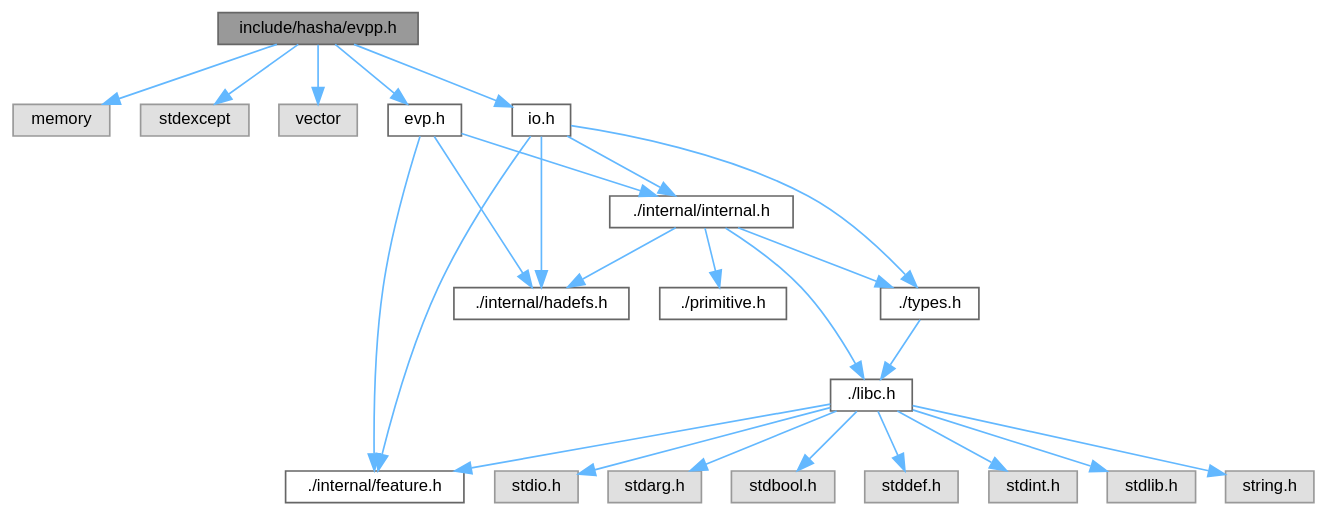
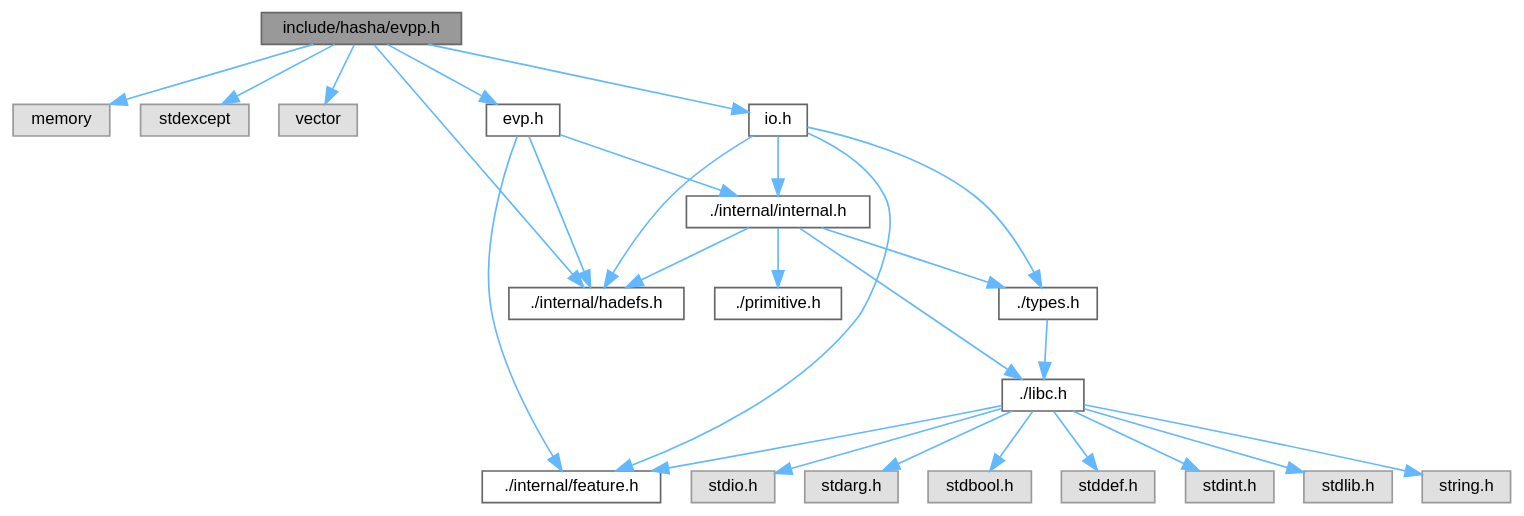
One commit to reslaid32/hasha changed the diagram in docs/de/d94/evpp_8h__incl.dot. Above: the diagram before and after it, drawn with Graphviz. The commit also changed 127 other files, not shown here.

```diff
--- a/docs/de/d94/evpp_8h__incl.dot
+++ b/docs/de/d94/evpp_8h__incl.dot
@@ -1,51 +1,52 @@
 digraph "include/hasha/evpp.h"
 {
  // LATEX_PDF_SIZE
   bgcolor="transparent";
   edge [fontname=Helvetica,fontsize=10,labelfontname=Helvetica,labelfontsize=10];
   node [fontname=Helvetica,fontsize=10,shape=box,height=0.2,width=0.4];
   Node1 [id="Node000001",label="include/hasha/evpp.h",height=0.2,width=0.4,color="gray40", fillcolor="grey60", style="filled", fontcolor="black",tooltip=" "];
   Node1 -> Node2 [id="edge1_Node000001_Node000002",color="steelblue1",style="solid",tooltip=" "];
   Node2 [id="Node000002",label="memory",height=0.2,width=0.4,color="grey60", fillcolor="#E0E0E0", style="filled",tooltip=" "];
   Node1 -> Node3 [id="edge2_Node000001_Node000003",color="steelblue1",style="solid",tooltip=" "];
   Node3 [id="Node000003",label="stdexcept",height=0.2,width=0.4,color="grey60", fillcolor="#E0E0E0", style="filled",tooltip=" "];
   Node1 -> Node4 [id="edge3_Node000001_Node000004",color="steelblue1",style="solid",tooltip=" "];
   Node4 [id="Node000004",label="vector",height=0.2,width=0.4,color="grey60", fillcolor="#E0E0E0", style="filled",tooltip=" "];
   Node1 -> Node5 [id="edge4_Node000001_Node000005",color="steelblue1",style="solid",tooltip=" "];
   Node5 [id="Node000005",label="evp.h",height=0.2,width=0.4,color="grey40", fillcolor="white", style="filled",URL="$d5/d67/evp_8h.html",tooltip="Header file for the EVP Hasher abstraction."];
   Node5 -> Node6 [id="edge5_Node000005_Node000006",color="steelblue1",style="solid",tooltip=" "];
   Node6 [id="Node000006",label="./internal/feature.h",height=0.2,width=0.4,color="grey40", fillcolor="white", style="filled",URL="$d2/d74/feature_8h.html",tooltip=" "];
   Node5 -> Node7 [id="edge6_Node000005_Node000007",color="steelblue1",style="solid",tooltip=" "];
   Node7 [id="Node000007",label="./internal/hadefs.h",height=0.2,width=0.4,color="grey40", fillcolor="white", style="filled",URL="$d5/d5e/hadefs_8h.html",tooltip=" "];
   Node5 -> Node8 [id="edge7_Node000005_Node000008",color="steelblue1",style="solid",tooltip=" "];
   Node8 [id="Node000008",label="./internal/internal.h",height=0.2,width=0.4,color="grey40", fillcolor="white", style="filled",URL="$db/dde/internal_8h.html",tooltip=" "];
   Node8 -> Node7 [id="edge8_Node000008_Node000007",color="steelblue1",style="solid",tooltip=" "];
   Node8 -> Node9 [id="edge9_Node000008_Node000009",color="steelblue1",style="solid",tooltip=" "];
   Node9 [id="Node000009",label="./libc.h",height=0.2,width=0.4,color="grey40", fillcolor="white", style="filled",URL="$db/dc8/libc_8h.html",tooltip=" "];
   Node9 -> Node6 [id="edge10_Node000009_Node000006",color="steelblue1",style="solid",tooltip=" "];
   Node9 -> Node10 [id="edge11_Node000009_Node000010",color="steelblue1",style="solid",tooltip=" "];
   Node10 [id="Node000010",label="stdio.h",height=0.2,width=0.4,color="grey60", fillcolor="#E0E0E0", style="filled",tooltip=" "];
   Node9 -> Node11 [id="edge12_Node000009_Node000011",color="steelblue1",style="solid",tooltip=" "];
   Node11 [id="Node000011",label="stdarg.h",height=0.2,width=0.4,color="grey60", fillcolor="#E0E0E0", style="filled",tooltip=" "];
   Node9 -> Node12 [id="edge13_Node000009_Node000012",color="steelblue1",style="solid",tooltip=" "];
   Node12 [id="Node000012",label="stdbool.h",height=0.2,width=0.4,color="grey60", fillcolor="#E0E0E0", style="filled",tooltip=" "];
   Node9 -> Node13 [id="edge14_Node000009_Node000013",color="steelblue1",style="solid",tooltip=" "];
   Node13 [id="Node000013",label="stddef.h",height=0.2,width=0.4,color="grey60", fillcolor="#E0E0E0", style="filled",tooltip=" "];
   Node9 -> Node14 [id="edge15_Node000009_Node000014",color="steelblue1",style="solid",tooltip=" "];
   Node14 [id="Node000014",label="stdint.h",height=0.2,width=0.4,color="grey60", fillcolor="#E0E0E0", style="filled",tooltip=" "];
   Node9 -> Node15 [id="edge16_Node000009_Node000015",color="steelblue1",style="solid",tooltip=" "];
   Node15 [id="Node000015",label="stdlib.h",height=0.2,width=0.4,color="grey60", fillcolor="#E0E0E0", style="filled",tooltip=" "];
   Node9 -> Node16 [id="edge17_Node000009_Node000016",color="steelblue1",style="solid",tooltip=" "];
   Node16 [id="Node000016",label="string.h",height=0.2,width=0.4,color="grey60", fillcolor="#E0E0E0", style="filled",tooltip=" "];
   Node8 -> Node17 [id="edge18_Node000008_Node000017",color="steelblue1",style="solid",tooltip=" "];
   Node17 [id="Node000017",label="./primitive.h",height=0.2,width=0.4,color="grey40", fillcolor="white", style="filled",URL="$d1/d71/primitive_8h.html",tooltip=" "];
   Node8 -> Node18 [id="edge19_Node000008_Node000018",color="steelblue1",style="solid",tooltip=" "];
   Node18 [id="Node000018",label="./types.h",height=0.2,width=0.4,color="grey40", fillcolor="white", style="filled",URL="$d9/d49/types_8h.html",tooltip=" "];
   Node18 -> Node9 [id="edge20_Node000018_Node000009",color="steelblue1",style="solid",tooltip=" "];
-  Node1 -> Node19 [id="edge21_Node000001_Node000019",color="steelblue1",style="solid",tooltip=" "];
+  Node1 -> Node7 [id="edge21_Node000001_Node000007",color="steelblue1",style="solid",tooltip=" "];
+  Node1 -> Node19 [id="edge22_Node000001_Node000019",color="steelblue1",style="solid",tooltip=" "];
   Node19 [id="Node000019",label="io.h",height=0.2,width=0.4,color="grey40", fillcolor="white", style="filled",URL="$dc/dac/io_8h.html",tooltip="Header file for I/O operations related to hashing."];
-  Node19 -> Node6 [id="edge22_Node000019_Node000006",color="steelblue1",style="solid",tooltip=" "];
-  Node19 -> Node7 [id="edge23_Node000019_Node000007",color="steelblue1",style="solid",tooltip=" "];
-  Node19 -> Node8 [id="edge24_Node000019_Node000008",color="steelblue1",style="solid",tooltip=" "];
-  Node19 -> Node18 [id="edge25_Node000019_Node000018",color="steelblue1",style="solid",tooltip=" "];
+  Node19 -> Node6 [id="edge23_Node000019_Node000006",color="steelblue1",style="solid",tooltip=" "];
+  Node19 -> Node7 [id="edge24_Node000019_Node000007",color="steelblue1",style="solid",tooltip=" "];
+  Node19 -> Node8 [id="edge25_Node000019_Node000008",color="steelblue1",style="solid",tooltip=" "];
+  Node19 -> Node18 [id="edge26_Node000019_Node000018",color="steelblue1",style="solid",tooltip=" "];
 }
```
